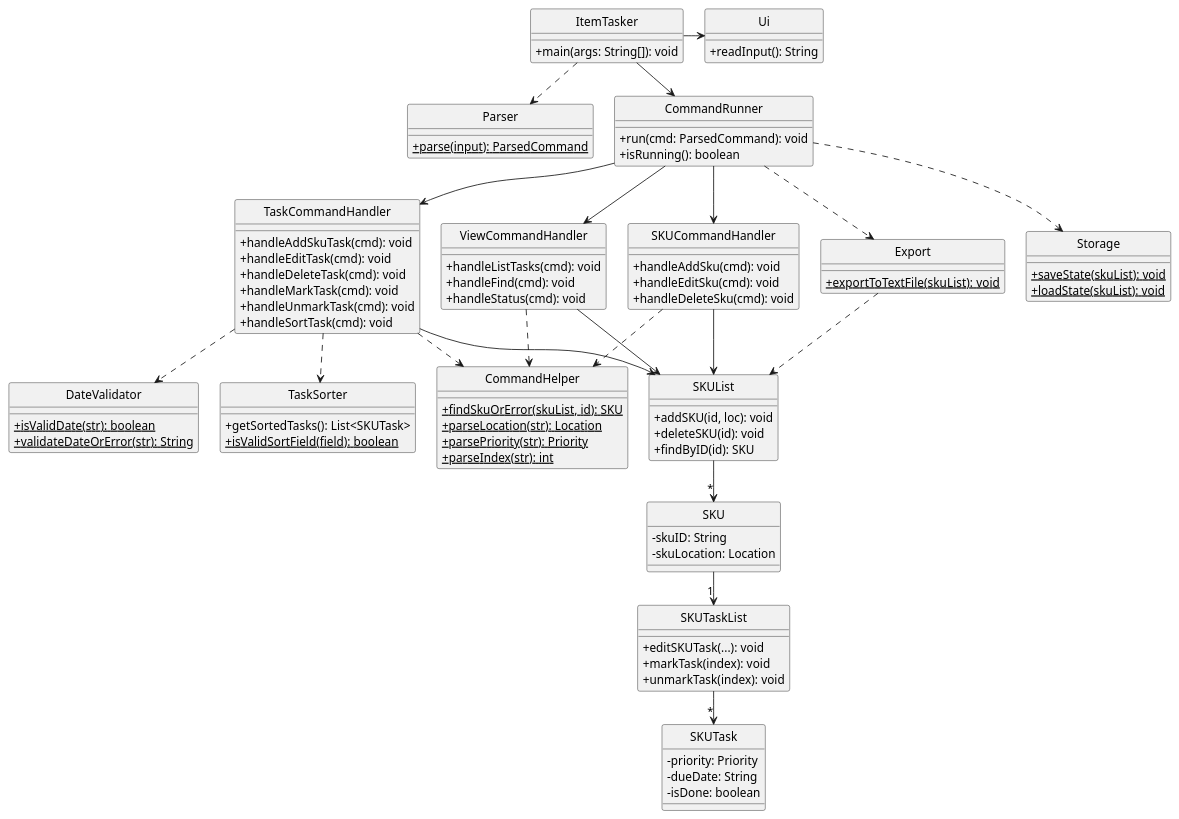
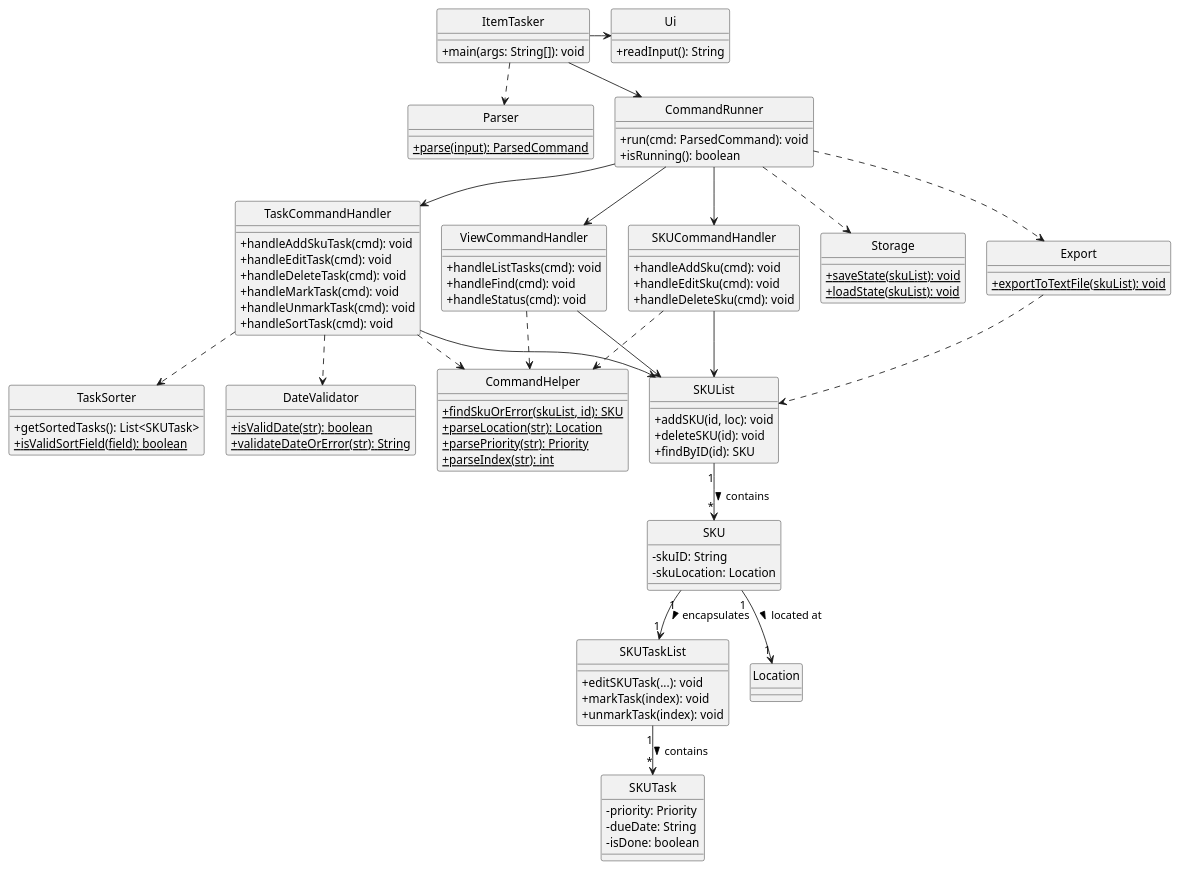
Before and after one commit to omcodedthis/tp: the diagram in docs/diagrams/architecture.puml, drawn with PlantUML. The commit also changed 27 other files, not shown here.

Commit message:
Fix UML sequence diagram notations, refactor CommandRunner sequence into multiple SDs, add multiplicities, convert invalid alts to opts, and consolidate getArg calls.

```diff
--- a/docs/diagrams/architecture.puml
+++ b/docs/diagrams/architecture.puml
@@ -1,127 +1,128 @@
 @startuml
 skinparam classAttributeIconSize 0
 skinparam shadowing false
 skinparam monochrome true
 skinparam nodesep 25
 skinparam ranksep 40
 hide circle
 
 class ItemTasker {
   + main(args: String[]): void
 }
 
 class Parser {
   + {static} parse(input): ParsedCommand
 }
 
 class Ui {
   + readInput(): String
 }
 
 class CommandRunner {
   + run(cmd: ParsedCommand): void
   + isRunning(): boolean
 }
 
 class SKUCommandHandler {
   + handleAddSku(cmd): void
   + handleEditSku(cmd): void
   + handleDeleteSku(cmd): void
 }
 
 class TaskCommandHandler {
   + handleAddSkuTask(cmd): void
   + handleEditTask(cmd): void
   + handleDeleteTask(cmd): void
   + handleMarkTask(cmd): void
   + handleUnmarkTask(cmd): void
   + handleSortTask(cmd): void
 }
 
 class ViewCommandHandler {
   + handleListTasks(cmd): void
   + handleFind(cmd): void
   + handleStatus(cmd): void
 }
 
 class CommandHelper {
   + {static} findSkuOrError(skuList, id): SKU
   + {static} parseLocation(str): Location
   + {static} parsePriority(str): Priority
   + {static} parseIndex(str): int
 }
 
 class DateValidator {
   + {static} isValidDate(str): boolean
   + {static} validateDateOrError(str): String
 }
 
 class TaskSorter {
   + getSortedTasks(): List<SKUTask>
   + {static} isValidSortField(field): boolean
 }
 
 class SKUList {
   + addSKU(id, loc): void
   + deleteSKU(id): void
   + findByID(id): SKU
 }
 
 class SKU {
   - skuID: String
   - skuLocation: Location
 }
 
 class SKUTaskList {
   + editSKUTask(...): void
   + markTask(index): void
   + unmarkTask(index): void
 }
 
 class SKUTask {
   - priority: Priority
   - dueDate: String
   - isDone: boolean
 }
 
 class Storage {
   + {static} saveState(skuList): void
   + {static} loadState(skuList): void
 }
 
 class Export {
   + {static} exportToTextFile(skuList): void
 }
 
 ' -- UI layer --
 ItemTasker -down-> CommandRunner
 ItemTasker -right-> Ui
 ItemTasker ..> Parser
 
 ' -- Logic layer --
 CommandRunner -down-> SKUCommandHandler
 CommandRunner -down-> TaskCommandHandler
 CommandRunner -down-> ViewCommandHandler
 CommandRunner ..> Storage
 CommandRunner ..> Export
 
 ' -- Shared utilities --
 SKUCommandHandler ..> CommandHelper
 TaskCommandHandler ..> CommandHelper
 ViewCommandHandler ..> CommandHelper
 TaskCommandHandler ..> DateValidator
 TaskCommandHandler ..> TaskSorter
 
 ' -- All handlers to model --
 SKUCommandHandler -down-> SKUList
 TaskCommandHandler -down-> SKUList
 ViewCommandHandler -down-> SKUList
 Export ..> SKUList
 
 
 ' -- Model layer --
-SKUList -down-> "*" SKU
-SKU -down-> "1" SKUTaskList
-SKUTaskList -down-> "*" SKUTask
+SKUList "1" -down-> "*" SKU : contains >
+SKU "1" -down-> "1" SKUTaskList : encapsulates >
+SKU "1" -down-> "1" Location : located at >
+SKUTaskList "1" -down-> "*" SKUTask : contains >
 
 @enduml
```
